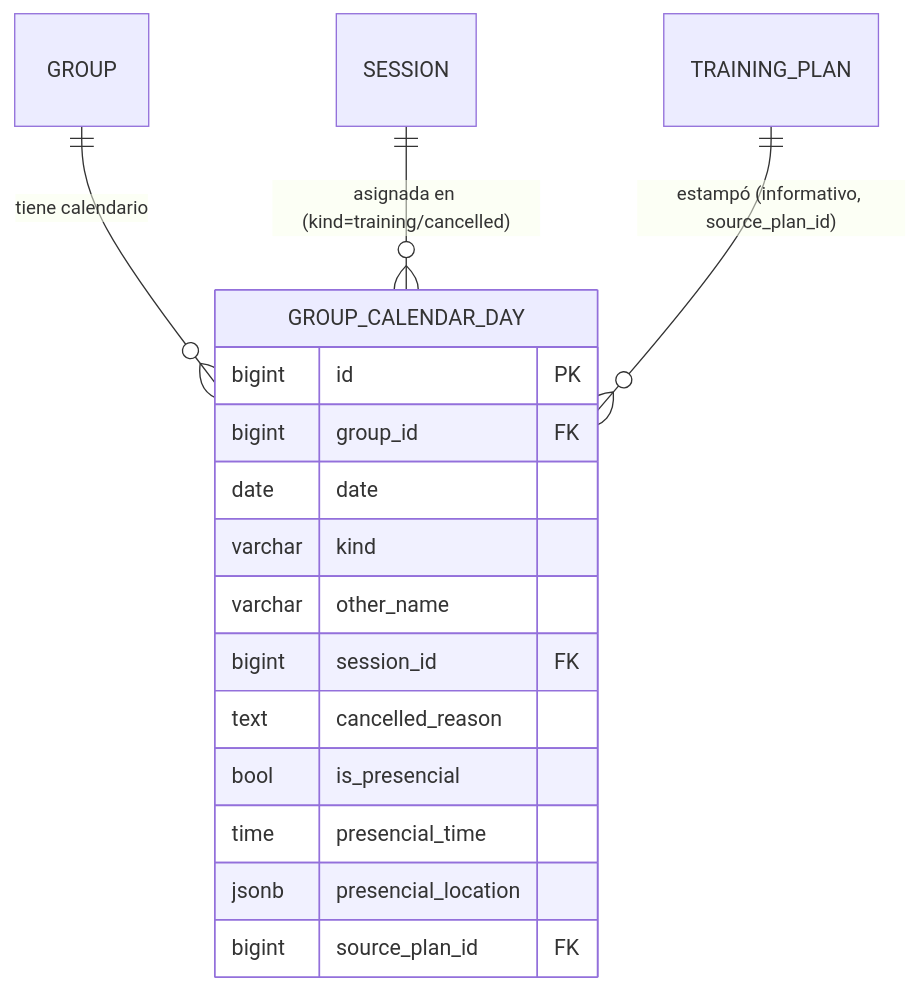
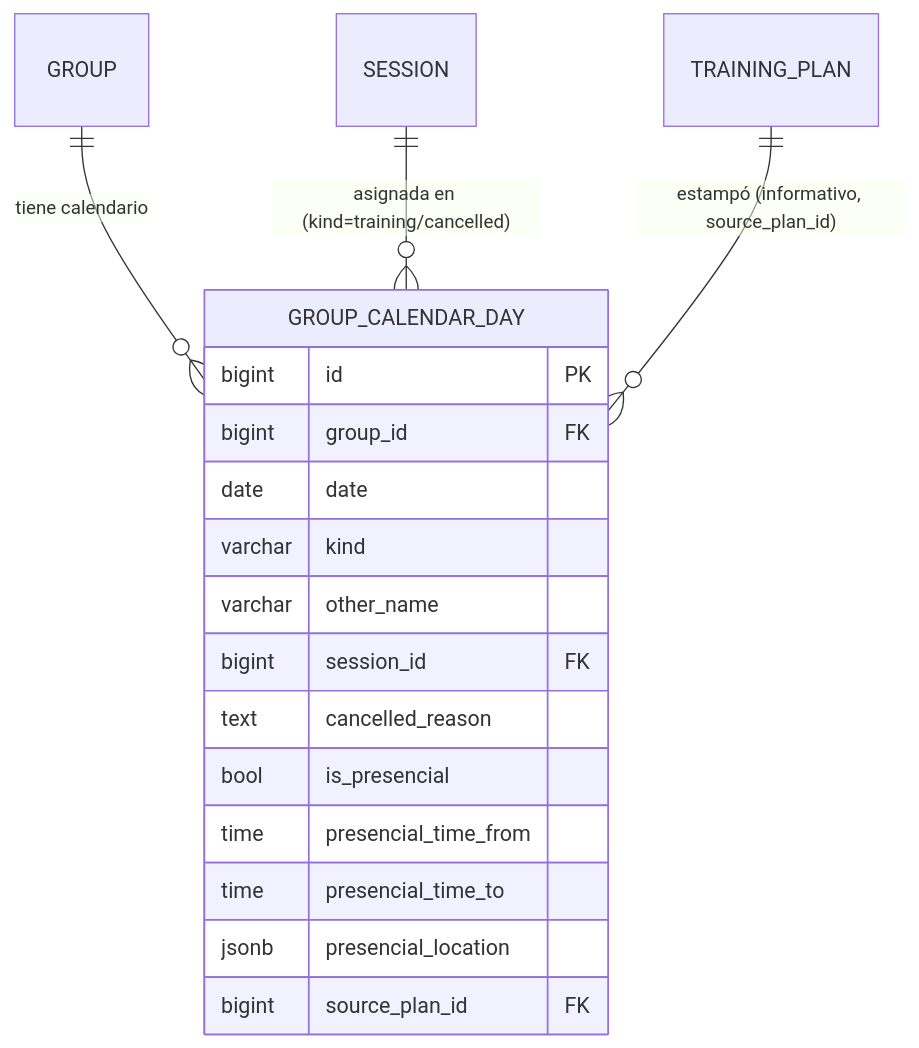
Before and after one commit to Paceron/paceron-frontend: the diagram in docs/BACKEND_CALENDAR_ASSIGNMENTS_SPEC.md, drawn with Mermaid. The commit also changed other lines of this file and 2 other files, not shown here.

First line of the commit message:
docs(calendar): split presencial_time into from/to, open backend gap 6

````diff
--- a/docs/BACKEND_CALENDAR_ASSIGNMENTS_SPEC.md
+++ b/docs/BACKEND_CALENDAR_ASSIGNMENTS_SPEC.md
@@ -102,20 +105,21 @@
 ```mermaid
 erDiagram
     GROUP_CALENDAR_DAY {
         bigint id PK
         bigint group_id FK
         date date
         varchar kind
         varchar other_name
         bigint session_id FK
         text cancelled_reason
         bool is_presencial
-        time presencial_time
+        time presencial_time_from
+        time presencial_time_to
         jsonb presencial_location
         bigint source_plan_id FK
     }
 
     GROUP ||--o{ GROUP_CALENDAR_DAY : "tiene calendario"
     SESSION ||--o{ GROUP_CALENDAR_DAY : "asignada en (kind=training/cancelled)"
     TRAINING_PLAN ||--o{ GROUP_CALENDAR_DAY : "estampó (informativo, source_plan_id)"
 ```
````
